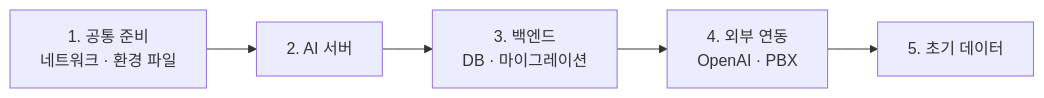
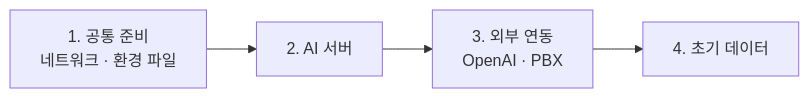
Before and after one commit to 42JH/DVA: the fourth of 4 diagrams in ai/HANDOVER.md, drawn with Mermaid. The commit also changed other lines of this file and 1 other file, not shown here.

````diff
--- a/ai/HANDOVER.md
+++ b/ai/HANDOVER.md
@@ -211,7 +207,6 @@
 ```mermaid
 flowchart LR
   a[1. 공통 준비<br/>네트워크 · 환경 파일] --> b[2. AI 서버]
-  b --> c[3. 백엔드<br/>DB · 마이그레이션]
-  c --> d[4. 외부 연동<br/>OpenAI · PBX]
-  d --> e[5. 초기 데이터]
+  b --> c[3. 외부 연동<br/>OpenAI · PBX]
+  c --> d[4. 초기 데이터]
 ```
````
